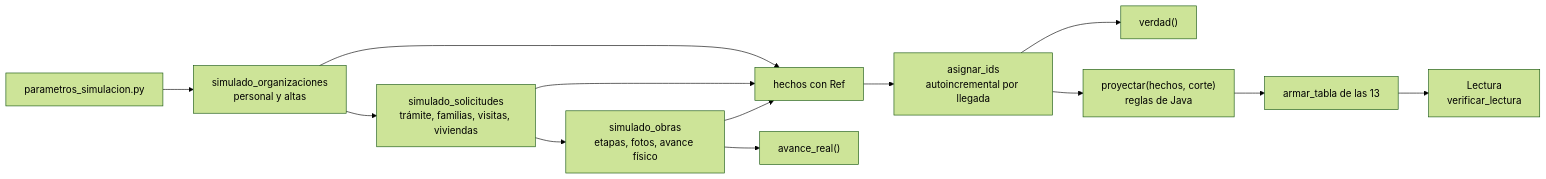
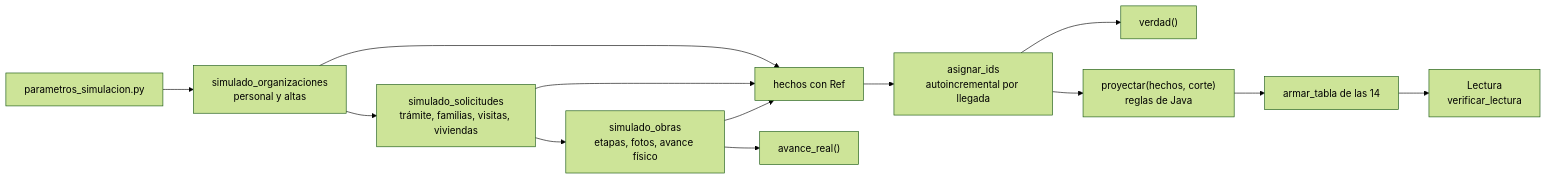
The first of 9 diagrams in docs/simulacion.md (enzopazzelli/vivso-analitica), drawn with Mermaid (forest theme) before and after one commit. The commit also changed other lines of this file and 6 other files, not shown here.

````diff
--- a/docs/simulacion.md
+++ b/docs/simulacion.md
@@ -24,15 +25,15 @@
 ```mermaid
 flowchart LR
     P["parametros_simulacion.py"] --> O["simulado_organizaciones<br/>personal y altas"]
     O --> S["simulado_solicitudes<br/>trámite, familias, visitas, viviendas"]
     S --> B["simulado_obras<br/>etapas, fotos, avance físico"]
     O --> H["hechos con Ref"]
     S --> H
     B --> H
     H --> I["asignar_ids<br/>autoincremental por llegada"]
     I --> V["verdad()"]
     I --> PR["proyectar(hechos, corte)<br/>reglas de Java"]
-    PR --> A["armar_tabla de las 13"]
+    PR --> A["armar_tabla de las 14"]
     A --> L["Lectura<br/>verificar_lectura"]
     B --> AV["avance_real()"]
 ```
````
